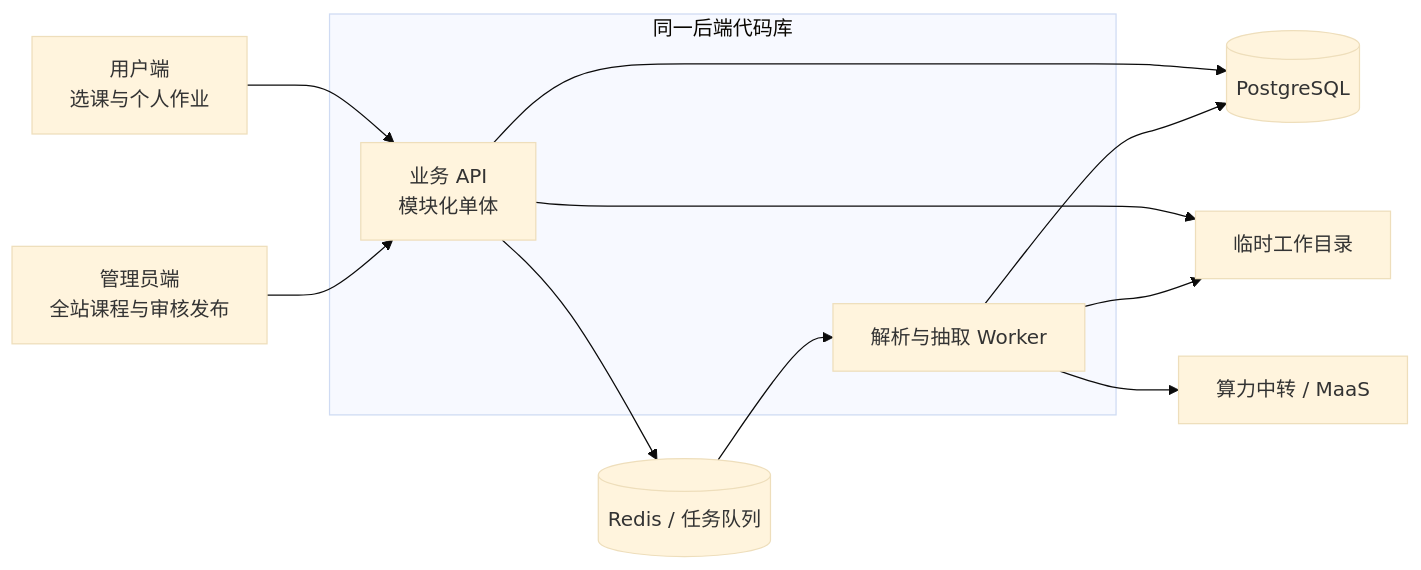
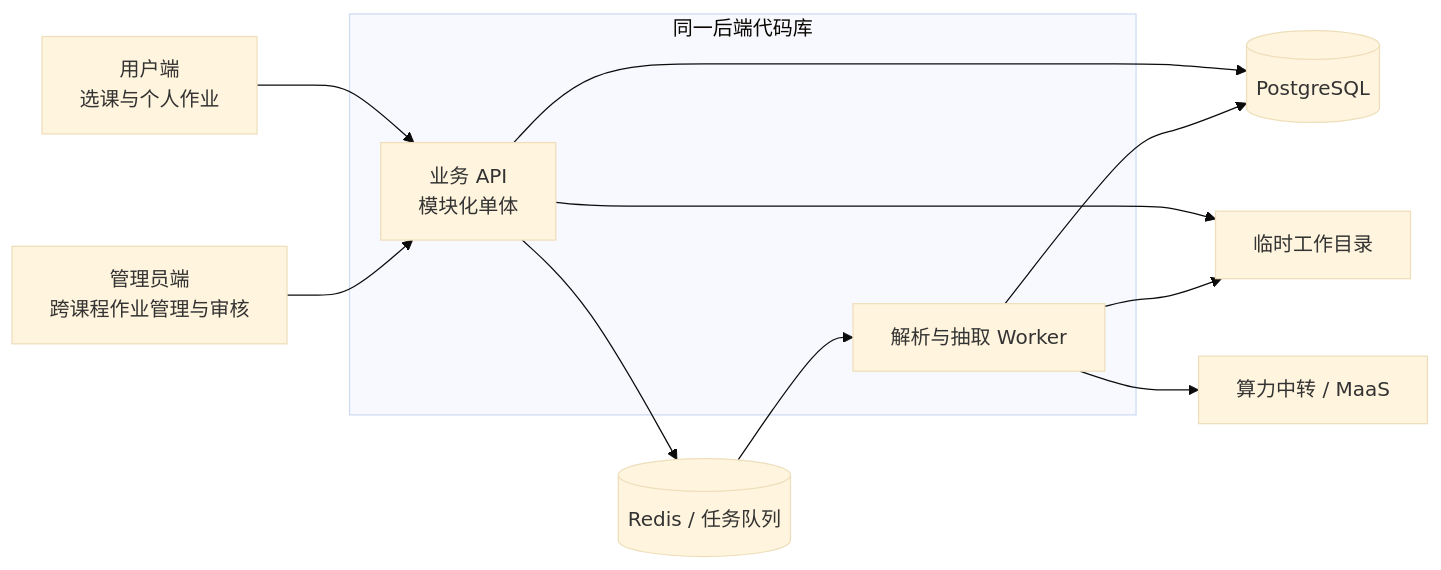
The first of 3 diagrams in docs/architecture.md (ValkyrieIII/homeworkcanvas), drawn with Mermaid (base theme) before and after one commit. The commit also changed other lines of this file and 33 other files, not shown here.

````diff
--- a/docs/architecture.md
+++ b/docs/architecture.md
@@ -42,17 +43,17 @@
 ```mermaid
 flowchart LR
     UserUI[用户端<br/>选课与个人作业] --> API[业务 API<br/>模块化单体]
-    AdminUI[管理员端<br/>全站课程与审核发布] --> API
+    AdminUI[管理员端<br/>跨课程作业管理与审核] --> API
     API --> PG[(PostgreSQL)]
     API --> Queue[(Redis / 任务队列)]
     Queue --> Worker[解析与抽取 Worker]
     API --> Temp[临时工作目录]
     Worker --> Temp
     Worker --> AI[算力中转 / MaaS]
     Worker --> PG
 
     subgraph Backend[同一后端代码库]
       API
       Worker
     end
 ```
````
